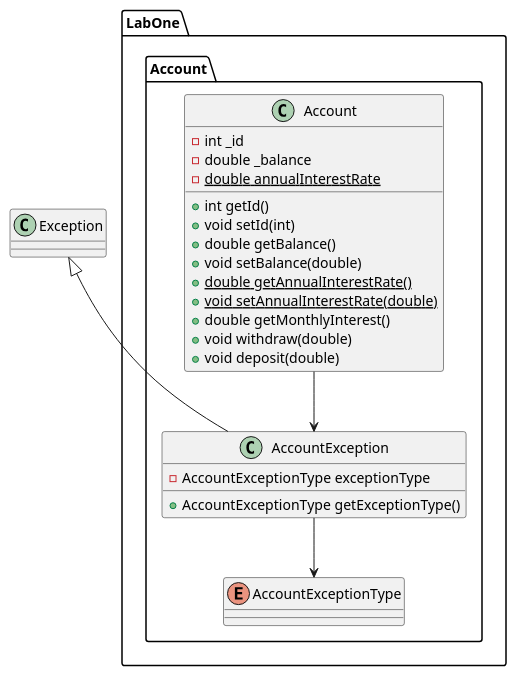
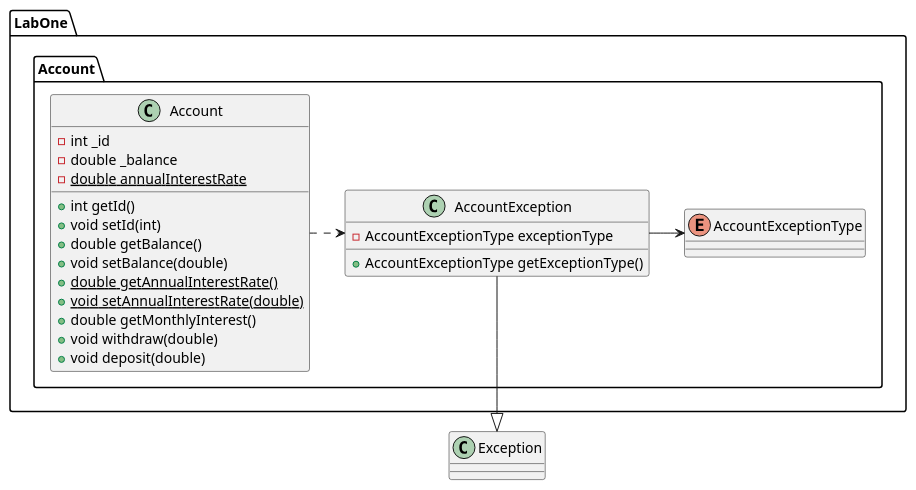
The diagram in src/LabOne/Account/uml.puml (HkingAuditore/JavaLab), drawn with PlantUML before and after one commit. The commit also changed 3 other files, not shown here.

```diff
--- a/src/LabOne/Account/uml.puml
+++ b/src/LabOne/Account/uml.puml
@@ -1,25 +1,25 @@
 @startuml
 class LabOne.Account.Account {
 - int _id
 - double _balance
 - {static} double annualInterestRate
 + int getId()
 + void setId(int)
 + double getBalance()
 + void setBalance(double)
 + {static} double getAnnualInterestRate()
 + {static} void setAnnualInterestRate(double)
 + double getMonthlyInterest()
 + void withdraw(double)
 + void deposit(double)
 }
 class LabOne.Account.AccountException {
 - AccountExceptionType exceptionType
 + AccountExceptionType getExceptionType()
 }
 enum LabOne.Account.AccountExceptionType
 
-LabOne.Account.Account --> LabOne.Account.AccountException
-LabOne.Account.AccountException --> LabOne.Account.AccountExceptionType
-Exception <|-- LabOne.Account.AccountException
+LabOne.Account.Account .> LabOne.Account.AccountException
+LabOne.Account.AccountException -> LabOne.Account.AccountExceptionType
+Exception <|-u- LabOne.Account.AccountException
 @enduml
```
